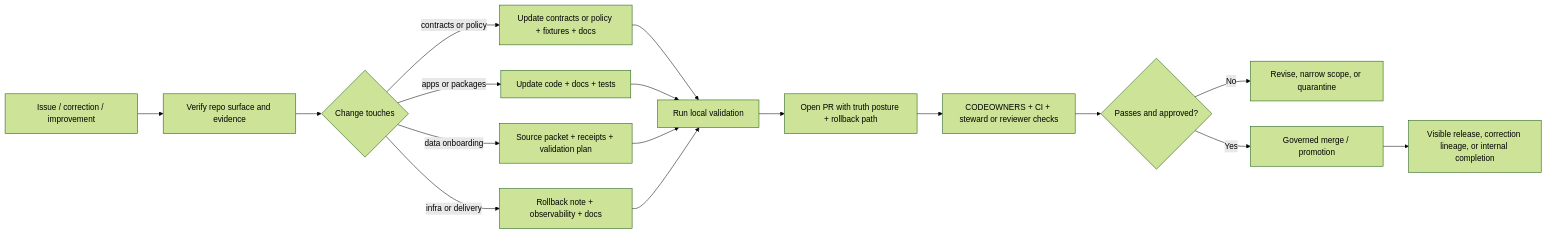
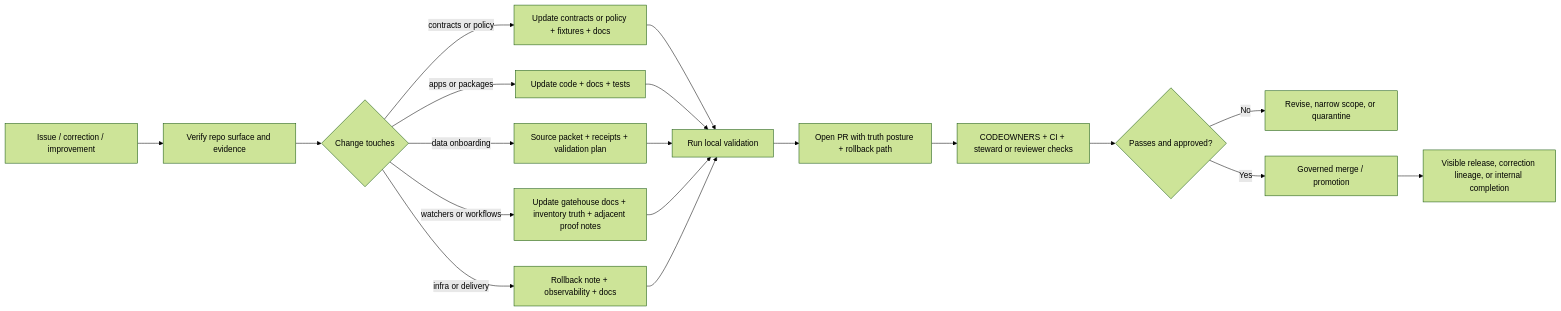
One commit to bartytime4life/Kansas-Frontier-Matrix changed the diagram in CONTRIBUTING.md. Above: the diagram before and after it, drawn with Mermaid (forest theme). The commit also changed other lines of this file, not shown here.

First line of the commit message:
Revise CONTRIBUTING.md for clarity and ownership

````diff
--- a/CONTRIBUTING.md
+++ b/CONTRIBUTING.md
@@ -390,23 +422,25 @@
 ```mermaid
 flowchart LR
     A[Issue / correction / improvement] --> B[Verify repo surface and evidence]
     B --> C{Change touches}
 
     C -->|contracts or policy| D[Update contracts or policy + fixtures + docs]
     C -->|apps or packages| E[Update code + docs + tests]
     C -->|data onboarding| F[Source packet + receipts + validation plan]
-    C -->|infra or delivery| G[Rollback note + observability + docs]
+    C -->|watchers or workflows| G[Update gatehouse docs + inventory truth + adjacent proof notes]
+    C -->|infra or delivery| H[Rollback note + observability + docs]
 
-    D --> H[Run local validation]
-    E --> H
-    F --> H
-    G --> H
+    D --> I[Run local validation]
+    E --> I
+    F --> I
+    G --> I
+    H --> I
 
-    H --> I[Open PR with truth posture + rollback path]
-    I --> J[CODEOWNERS + CI + steward or reviewer checks]
-    J --> K{Passes and approved?}
+    I --> J[Open PR with truth posture + rollback path]
+    J --> K[CODEOWNERS + CI + steward or reviewer checks]
+    K --> L{Passes and approved?}
 
-    K -->|No| L[Revise, narrow scope, or quarantine]
-    K -->|Yes| M[Governed merge / promotion]
-    M --> N[Visible release, correction lineage, or internal completion]
+    L -->|No| M[Revise, narrow scope, or quarantine]
+    L -->|Yes| N[Governed merge / promotion]
+    N --> O[Visible release, correction lineage, or internal completion]
 ```
````
